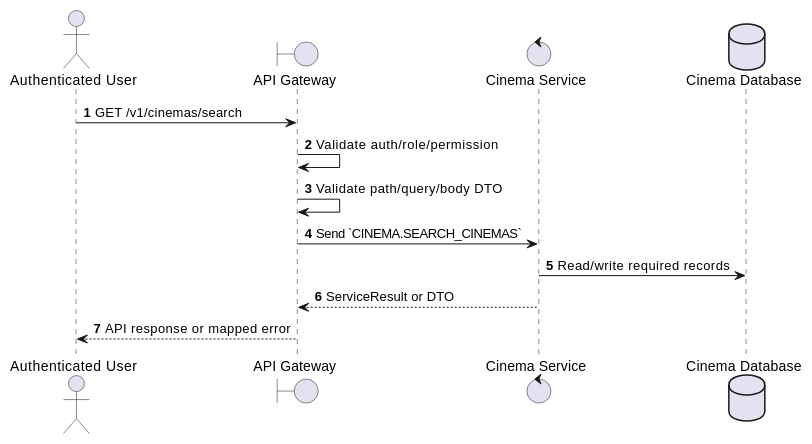
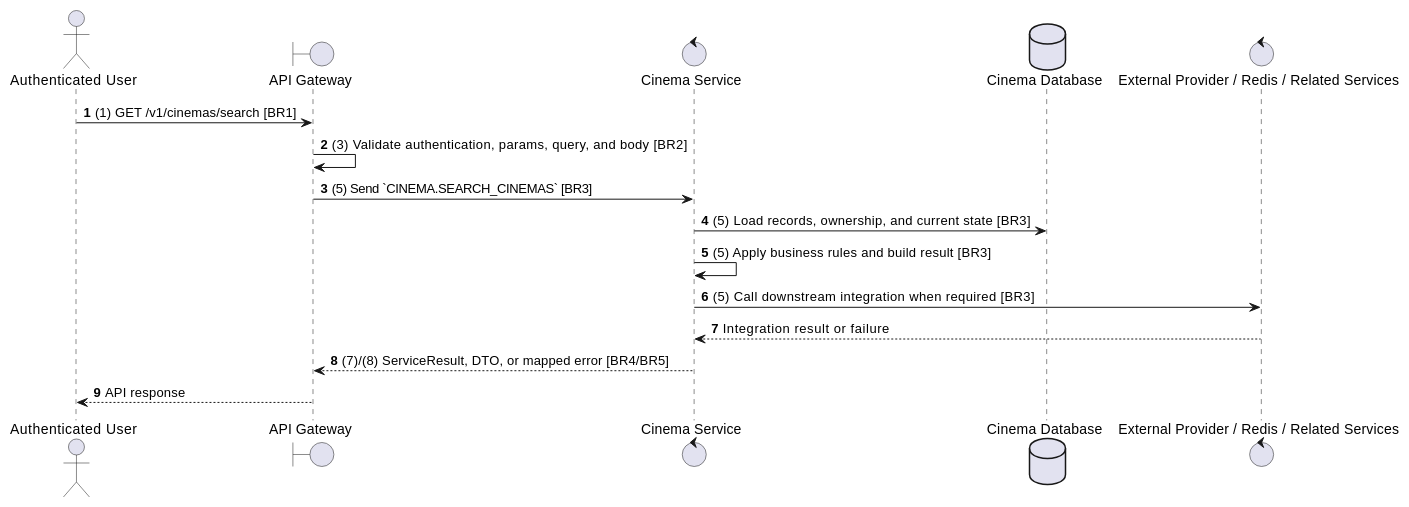
One commit to Tanh1603/movie-hub-architecture changed the second of 2 diagrams in docs/functional_specs/3.2.1_Cinema_Management/CM-07_Search_Cinemas_by_Query.md. Above: the diagram before and after it, drawn with PlantUML. The commit also changed other lines of this file and 129 other files, not shown here.

````diff
--- a/docs/functional_specs/3.2.1_Cinema_Management/CM-07_Search_Cinemas_by_Query.md
+++ b/docs/functional_specs/3.2.1_Cinema_Management/CM-07_Search_Cinemas_by_Query.md
@@ -17,17 +64,20 @@
 ```plantuml
 @startuml
 autonumber
 actor "Authenticated User" as Actor
 boundary "API Gateway" as GW
 control "Cinema Service" as SVC
 database "Cinema Database" as DB
+control "External Provider / Redis / Related Services" as EXT
 
-Actor -> GW: GET /v1/cinemas/search
-GW -> GW: Validate auth/role/permission
-GW -> GW: Validate path/query/body DTO
-GW -> SVC: Send `CINEMA.SEARCH_CINEMAS`
-SVC -> DB: Read/write required records
-SVC --> GW: ServiceResult or DTO
-GW --> Actor: API response or mapped error
+Actor -> GW: (1) GET /v1/cinemas/search [BR1]
+GW -> GW: (3) Validate authentication, params, query, and body [BR2]
+GW -> SVC: (5) Send `CINEMA.SEARCH_CINEMAS` [BR3]
+SVC -> DB: (5) Load records, ownership, and current state [BR3]
+SVC -> SVC: (5) Apply business rules and build result [BR3]
+SVC -> EXT: (5) Call downstream integration when required [BR3]
+EXT --> SVC: Integration result or failure
+SVC --> GW: (7)/(8) ServiceResult, DTO, or mapped error [BR4/BR5]
+GW --> Actor: API response
 @enduml
 ```
````
